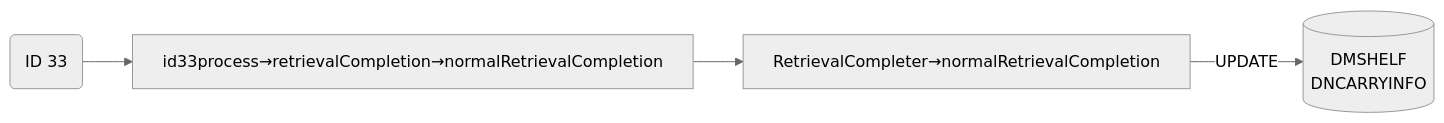
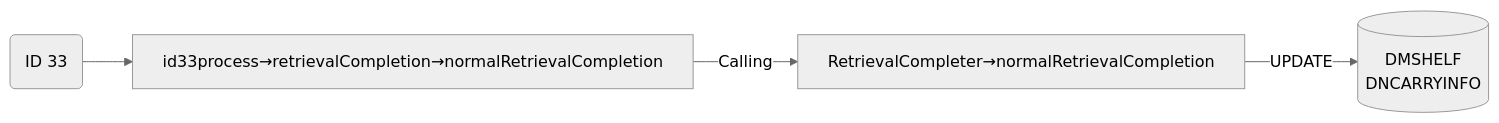
One commit to luthfiadityaa/SimeDarby-Wiki changed the ninth of 19 diagrams in Basic-Design/DFD-WMS/Retrieval/Specific-Location-Retrieval-Setting.md. Above: the diagram before and after it, drawn with Mermaid (neutral theme).

Commit message:
Updated Specific Location Retrieval Setting

```diff
--- a/Basic-Design/DFD-WMS/Retrieval/Specific-Location-Retrieval-Setting.md
+++ b/Basic-Design/DFD-WMS/Retrieval/Specific-Location-Retrieval-Setting.md
@@ -429,15 +429,15 @@
 ::: mermaid
 flowchart LR
 
 id33("
 ID 33
 ")
 
 id33-update[("
 DMSHELF
 DNCARRYINFO
 ")]
 
 id33-->P1[id33process→retrievalCompletion→normalRetrievalCompletion]
-P1-->P2[RetrievalCompleter→normalRetrievalCompletion]--> |UPDATE| id33-update
+P1--> |Calling| P2[RetrievalCompleter→normalRetrievalCompletion]--> |UPDATE| id33-update
 :::
```
